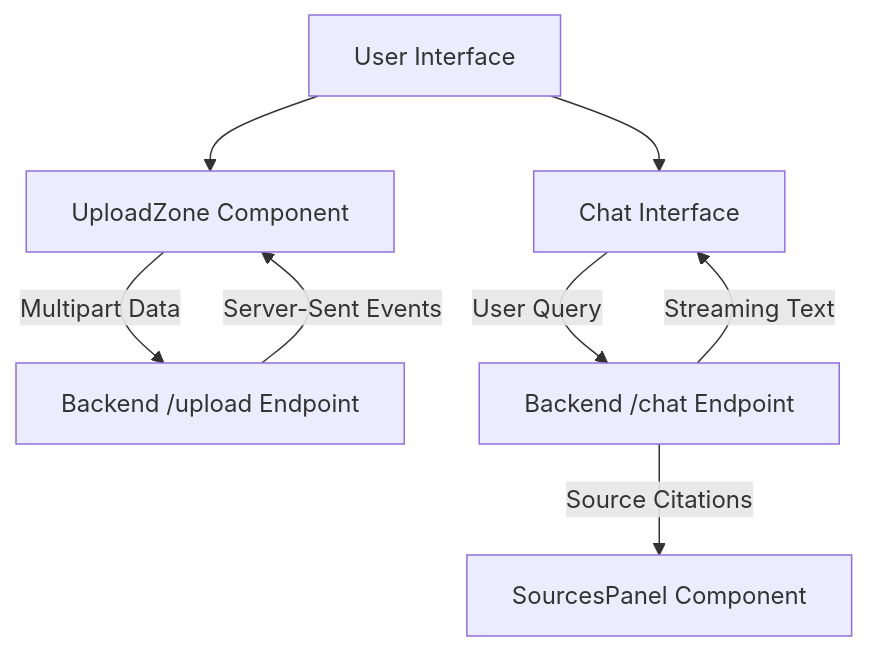
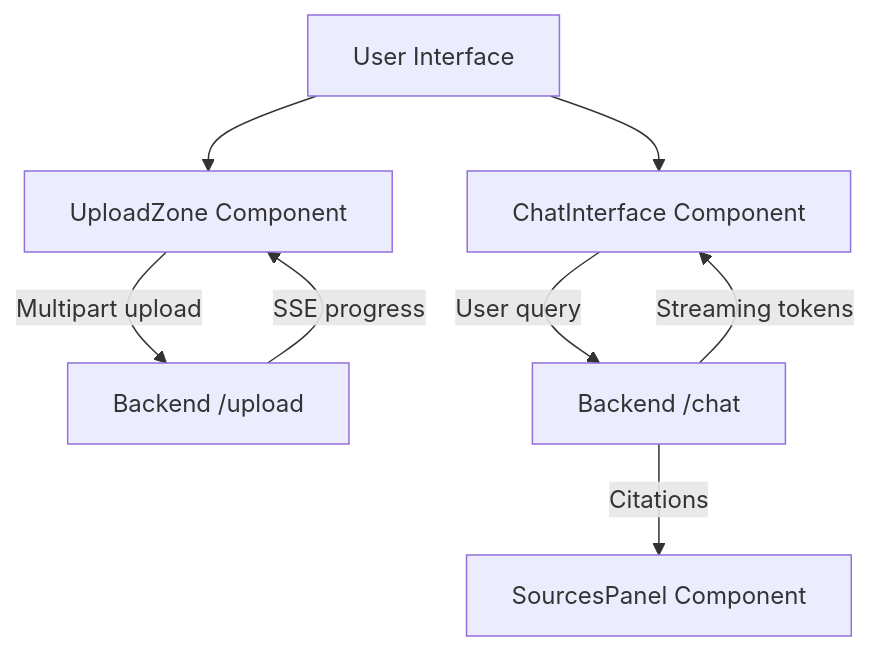
The diagram in README.md (dkcodes121617/ai_doc_assistant_frontend), drawn with Mermaid before and after one commit. The commit also changed other lines of this file and 1 other file, not shown here.

Commit message:
fix: handle error messages in chat interface response

````diff
--- a/README.md
+++ b/README.md
@@ -15,12 +16,12 @@
 ```mermaid
 graph TD
     A[User Interface] --> B[UploadZone Component]
-    A --> C[Chat Interface]
-    
-    B -->|Multipart Data| D[Backend /upload Endpoint]
-    D -->|Server-Sent Events| B
-    
-    C -->|User Query| E[Backend /chat Endpoint]
-    E -->|Streaming Text| C
-    E -->|Source Citations| F[SourcesPanel Component]
+    A --> C[ChatInterface Component]
+
+    B -->|Multipart upload| D[Backend /upload]
+    D -->|SSE progress| B
+
+    C -->|User query| E[Backend /chat]
+    E -->|Streaming tokens| C
+    E -->|Citations| F[SourcesPanel Component]
 ```
````
